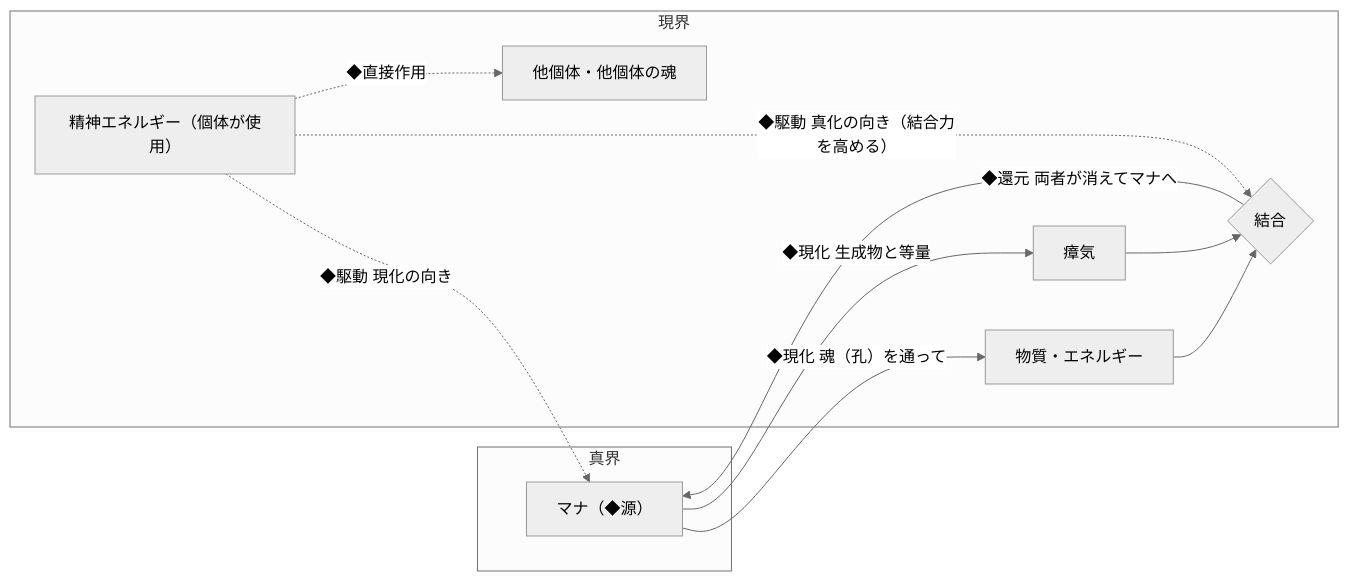
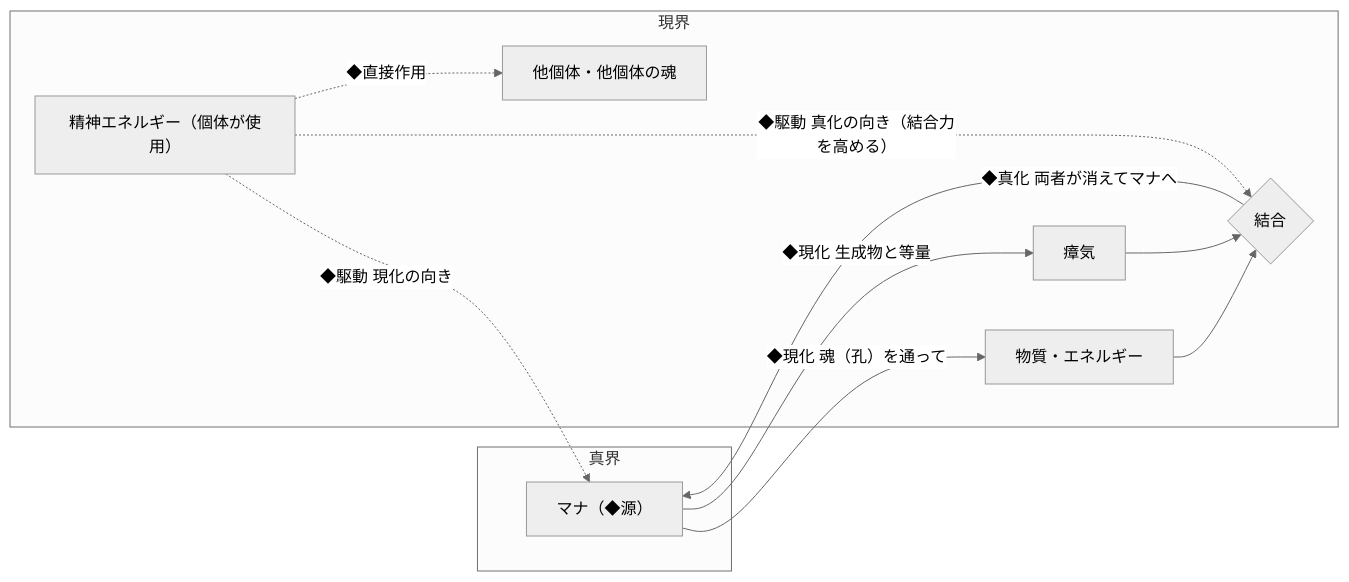
Before and after one commit to nnnstett/WorldMaterial_Mana: the diagram in world/README.md, drawn with Mermaid (neutral theme). The commit also changed other lines of this file and 11 other files, not shown here.

````diff
--- a/world/README.md
+++ b/world/README.md
@@ -23,21 +23,21 @@
 ```mermaid
 flowchart LR
   subgraph S["真界"]
     M["マナ（◆源）"]
   end
   subgraph G["現界"]
     P["物質・エネルギー"]
     Z["瘴気"]
     B{"結合"}
     E["精神エネルギー（個体が使用）"]
     O["他個体・他個体の魂"]
   end
   M -->|"◆現化 魂（孔）を通って"| P
   M -->|"◆現化 生成物と等量"| Z
   P --> B
   Z --> B
-  B -->|"◆還元 両者が消えてマナへ"| M
+  B -->|"◆真化 両者が消えてマナへ"| M
   E -.->|"◆駆動 現化の向き"| M
   E -.->|"◆駆動 真化の向き（結合力を高める）"| B
   E -.->|"◆直接作用"| O
 ```
````
